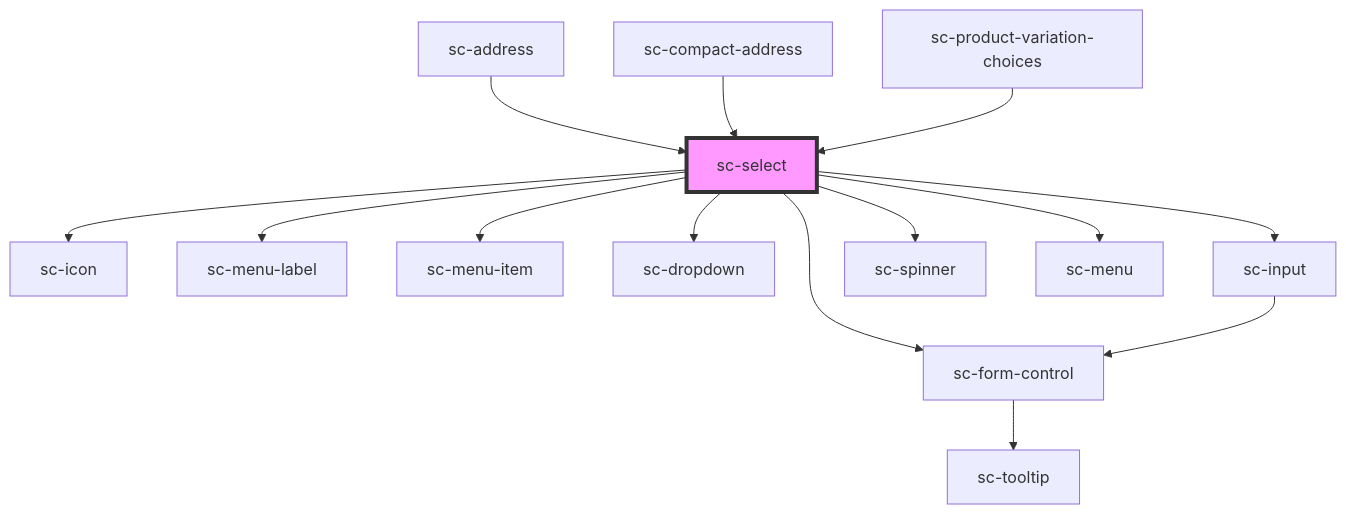
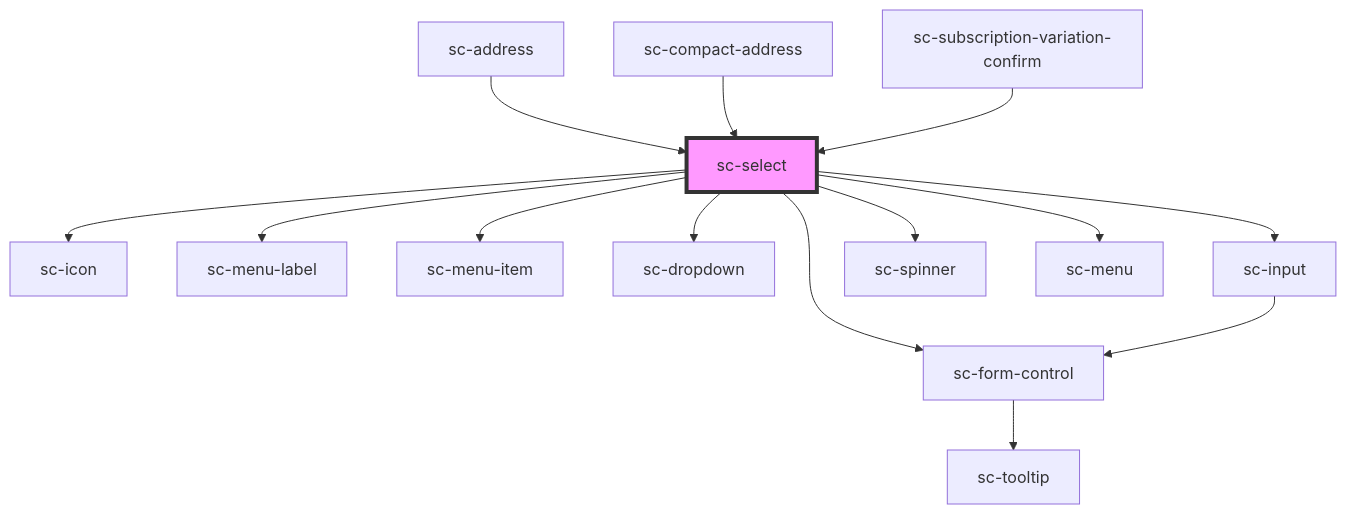
Before and after one commit to surecart/surecart-wp-plugin: the diagram in packages/components/src/components/ui/select/readme.md, drawn with Mermaid. The commit also changed other lines of this file and 29 other files, not shown here.

````diff
--- a/packages/components/src/components/ui/select/readme.md
+++ b/packages/components/src/components/ui/select/readme.md
@@ -117,17 +117,17 @@
 ```mermaid
 graph TD;
   sc-select --> sc-icon
   sc-select --> sc-menu-label
   sc-select --> sc-menu-item
   sc-select --> sc-form-control
   sc-select --> sc-dropdown
   sc-select --> sc-input
   sc-select --> sc-spinner
   sc-select --> sc-menu
   sc-form-control --> sc-tooltip
   sc-input --> sc-form-control
   sc-address --> sc-select
   sc-compact-address --> sc-select
-  sc-product-variation-choices --> sc-select
+  sc-subscription-variation-confirm --> sc-select
   style sc-select fill:#f9f,stroke:#333,stroke-width:4px
 ```
````
